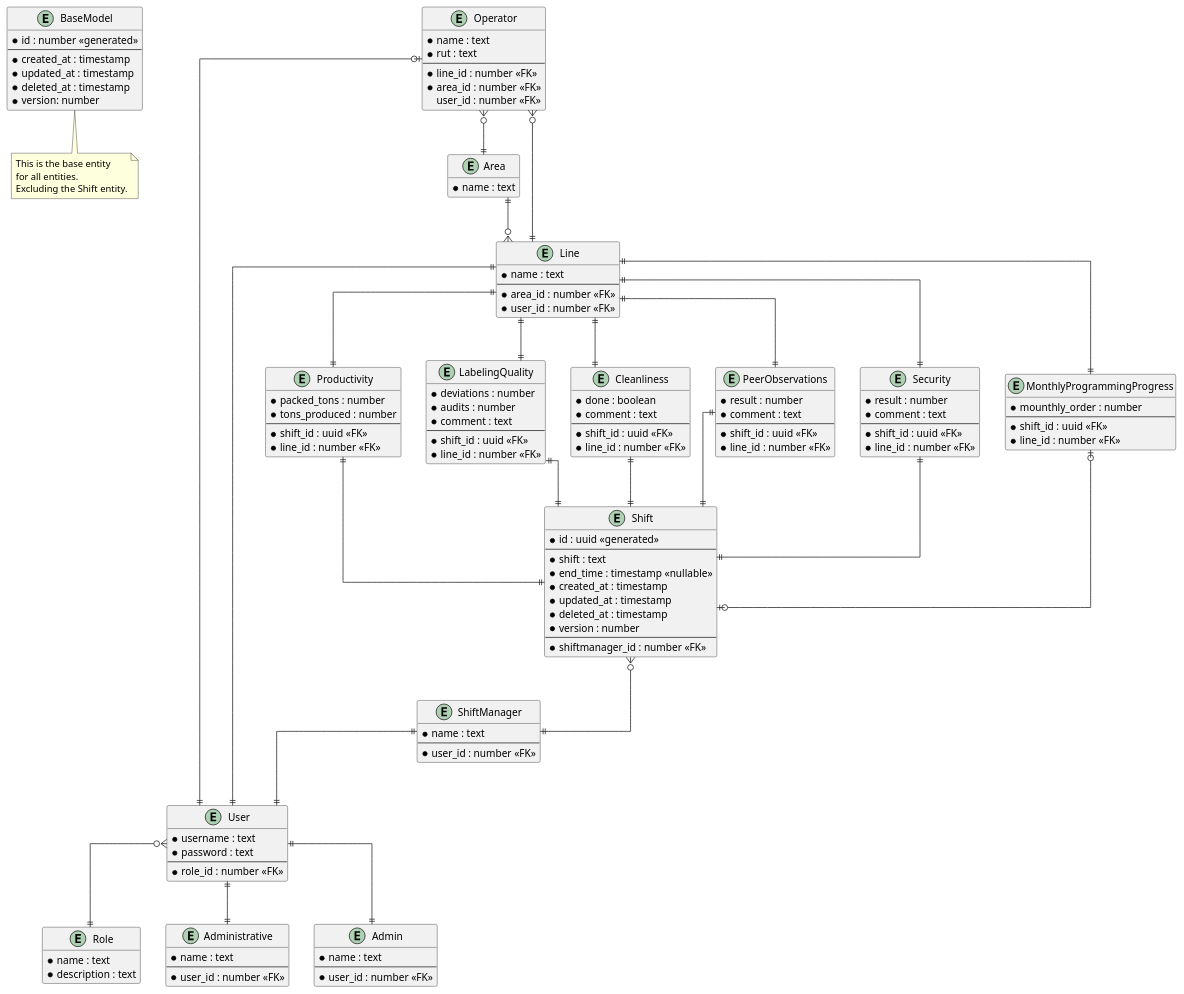
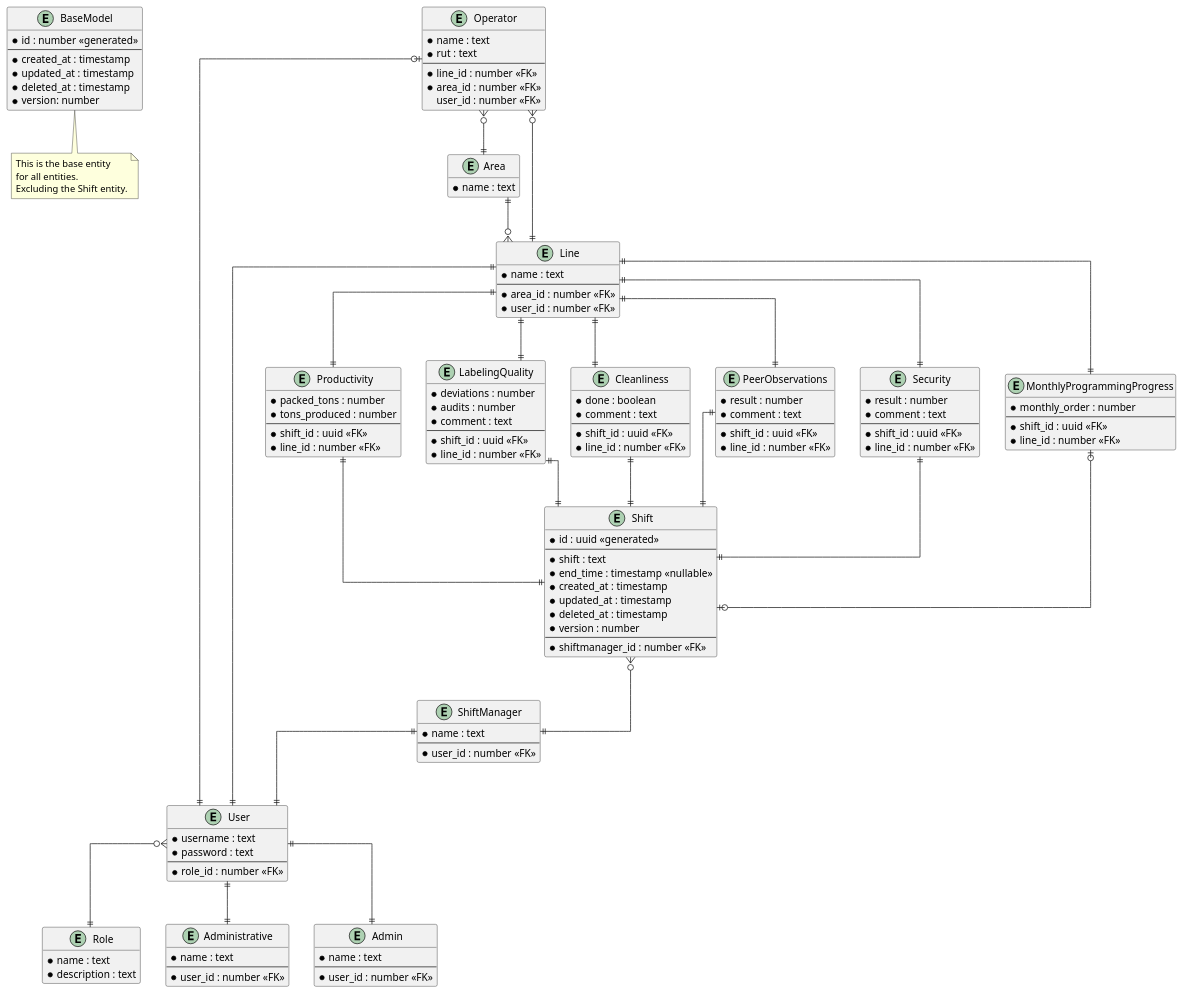
The diagram in docs/ER.puml (BastiancitosJr/new-laravel-api), drawn with PlantUML before and after one commit.

Commit message:
feat: updated ER model

```diff
--- a/docs/ER.puml
+++ b/docs/ER.puml
@@ -1,160 +1,160 @@
 @startuml ER-Diagram
 hide empty methods
 skinparam linetype ortho
 
 
 entity BaseModel {
     * id : number <<generated>>
     --
     * created_at : timestamp
     * updated_at : timestamp
     * deleted_at : timestamp
     * version: number
 }
 
 entity Role {
     * name : text
     * description : text
 }
 
 entity User {
     * username : text
     * password : text
     --
     * role_id : number <<FK>>
 }
 
 entity Administrative {
     * name : text
     --
     * user_id : number <<FK>>
 }
 
 entity Admin {
     * name : text
     --
     * user_id : number <<FK>>
 }
 
 entity ShiftManager {
     * name : text
     --
     * user_id : number <<FK>>
 }
 
 
 entity Area {
     * name : text
 }
 
 entity Line {
     * name : text
     --
     * area_id : number <<FK>>
     * user_id : number <<FK>>
 }
 
 entity Operator {
     * name : text
     * rut : text
     --
     * line_id : number <<FK>>
     * area_id : number <<FK>>
     user_id : number <<FK>>
 }
 
 entity Productivity {
     * packed_tons : number
     * tons_produced : number
     --
     * shift_id : uuid <<FK>>
     * line_id : number <<FK>>
 }
 
 entity LabelingQuality {
     * deviations : number
     * audits : number
     * comment : text
     --
     * shift_id : uuid <<FK>>
     * line_id : number <<FK>>
 }
 
 entity Cleanliness {
     * done : boolean
     * comment : text
     --
     * shift_id : uuid <<FK>>
     * line_id : number <<FK>>
 }
 
 entity PeerObservations {
     * result : number
     * comment : text
     --
     * shift_id : uuid <<FK>>
     * line_id : number <<FK>>
 }
 
 entity Security {
     * result : number
     * comment : text
     --
     * shift_id : uuid <<FK>>
     * line_id : number <<FK>>
 }
 
 entity MonthlyProgrammingProgress {
-    * mounthly_order : number
+    * monthly_order : number
     --
     * shift_id : uuid <<FK>>
     * line_id : number <<FK>>
 }
 
 entity Shift{
     * id : uuid <<generated>>
     --
     * shift : text
     * end_time : timestamp <<nullable>>
     * created_at : timestamp
     * updated_at : timestamp
     * deleted_at : timestamp
     * version : number
     --
     * shiftmanager_id : number <<FK>>
 }
 
 note bottom of BaseModel
     This is the base entity
     for all entities.
     Excluding the Shift entity.
 end note
 
 Line ||--|| User
 User ||--|| Administrative
 User ||--|| Admin
 ShiftManager ||--|| User
 Operator |o--|| User
 User }o--|| Role
 Operator }o--|| Line
 Operator }o--|| Area
 Area ||--o{ Line
 
 Shift }o--|| ShiftManager
 
 Productivity ||--|| Shift
 LabelingQuality ||--|| Shift
 Cleanliness ||--|| Shift
 PeerObservations ||--|| Shift
 Security ||--|| Shift
 MonthlyProgrammingProgress |o--o| Shift
 
 Line ||--|| Productivity
 Line ||--|| LabelingQuality
 Line ||--|| Cleanliness
 Line ||--|| PeerObservations
 Line ||--|| Security
 Line ||--|| MonthlyProgrammingProgress
 
 
 @enduml
```
